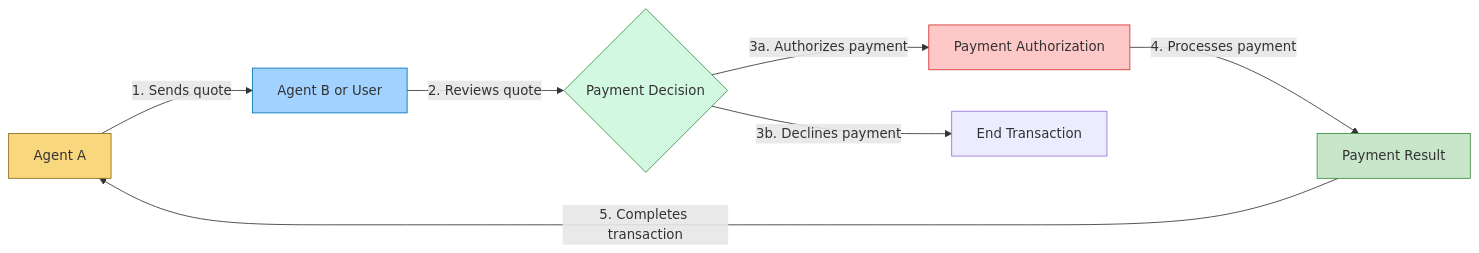
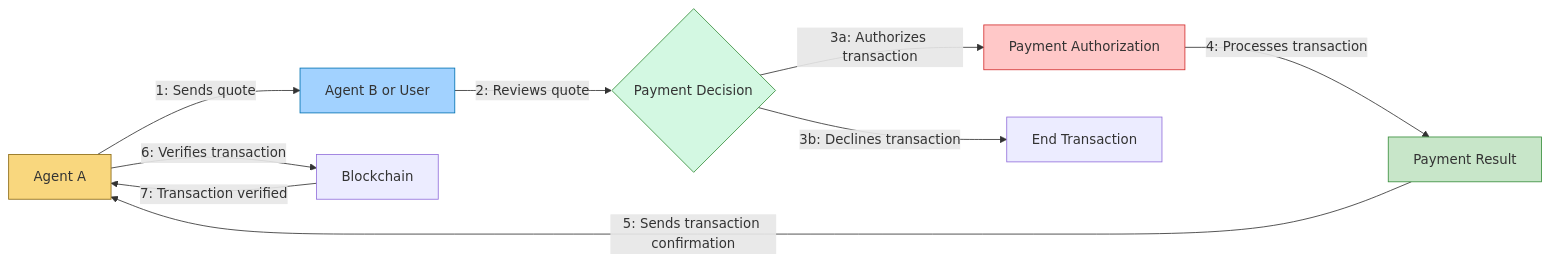
One commit to nearai/aitp changed the diagram in website/docs/capabilities/aitp-04-transactions/aitp-04-transactions.md. Above: the diagram before and after it, drawn with Mermaid. The commit also changed other lines of this file and 13 other files, not shown here.

````diff
--- a/website/docs/capabilities/aitp-04-transactions/aitp-04-transactions.md
+++ b/website/docs/capabilities/aitp-04-transactions/aitp-04-transactions.md
@@ -12,15 +13,17 @@
 ```mermaid
 flowchart LR
-    A[Agent A] -->|1. Sends quote| B[Agent B or User]
-    B -->|2. Reviews quote| C{Payment Decision}
-    C -->|3a. Authorizes payment| D[Payment Authorization]
-    C -->|3b. Declines payment| E[End Transaction]
-    D -->|4. Processes payment| F[Payment Result]
-    F -->|5. Completes transaction| A
+    A[Agent A] -->|1: Sends quote| B[Agent B or User]
+    B -->|2: Reviews quote| C{Payment Decision}
+    C -->|3a: Authorizes transaction| D[Payment Authorization]
+    C -->|3b: Declines transaction| E[End Transaction]
+    D -->|4: Processes transaction| F[Payment Result]
+    F -->|5: Sends transaction confirmation| A
+    A -->|6: Verifies transaction| G[Blockchain]
+    G -->|7: Transaction verified| A 
     
     style A fill:#f9d77e,stroke:#8b6914
     style B fill:#a2d2ff,stroke:#0072b2
     style C fill:#d3f8e2,stroke:#388e3c
     style D fill:#ffc8c8,stroke:#d32f2f
     style F fill:#c8e6c9,stroke:#388e3c
 ```
````
